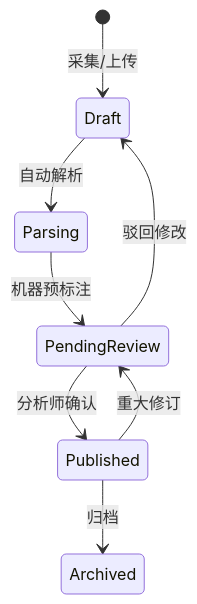
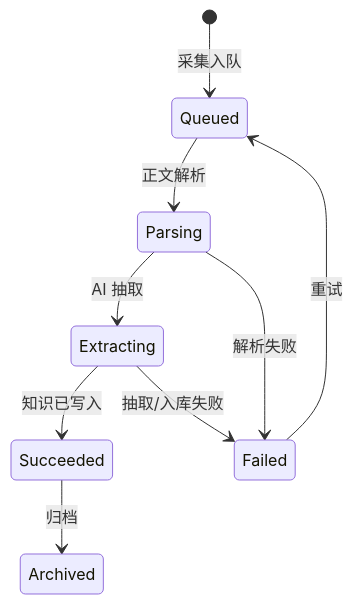
The seventh of 7 diagrams in docs/design.md (maskcao/AMI), drawn with Mermaid before and after one commit. The commit also changed other lines of this file and 439 other files, not shown here.

````diff
--- a/docs/design.md
+++ b/docs/design.md
@@ -240,10 +301,11 @@
 ```mermaid
 stateDiagram-v2
-  [*] --> Draft: 采集/上传
-  Draft --> Parsing: 自动解析
-  Parsing --> PendingReview: 机器预标注
-  PendingReview --> Published: 分析师确认
-  PendingReview --> Draft: 驳回修改
-  Published --> Archived: 归档
-  Published --> PendingReview: 重大修订
+  [*] --> Queued: 采集入队
+  Queued --> Parsing: 正文解析
+  Parsing --> Extracting: AI 抽取
+  Extracting --> Succeeded: 知识已写入
+  Extracting --> Failed: 抽取/入库失败
+  Parsing --> Failed: 解析失败
+  Succeeded --> Archived: 归档
+  Failed --> Queued: 重试
 ```
````
